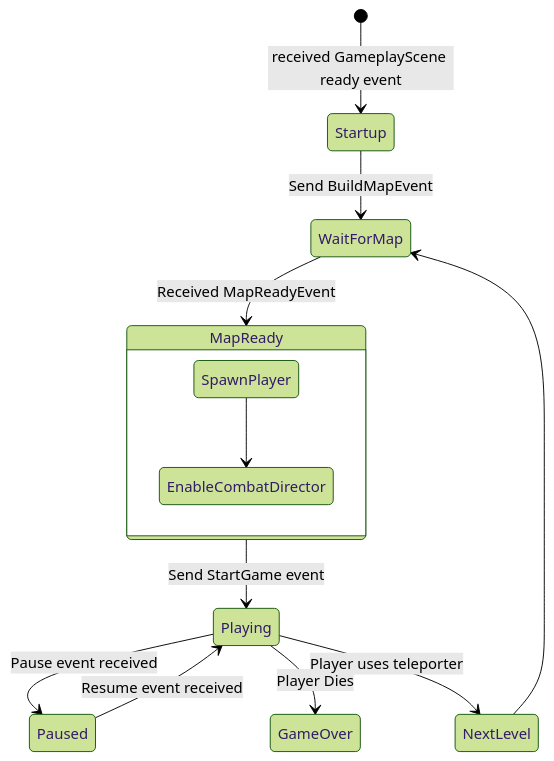
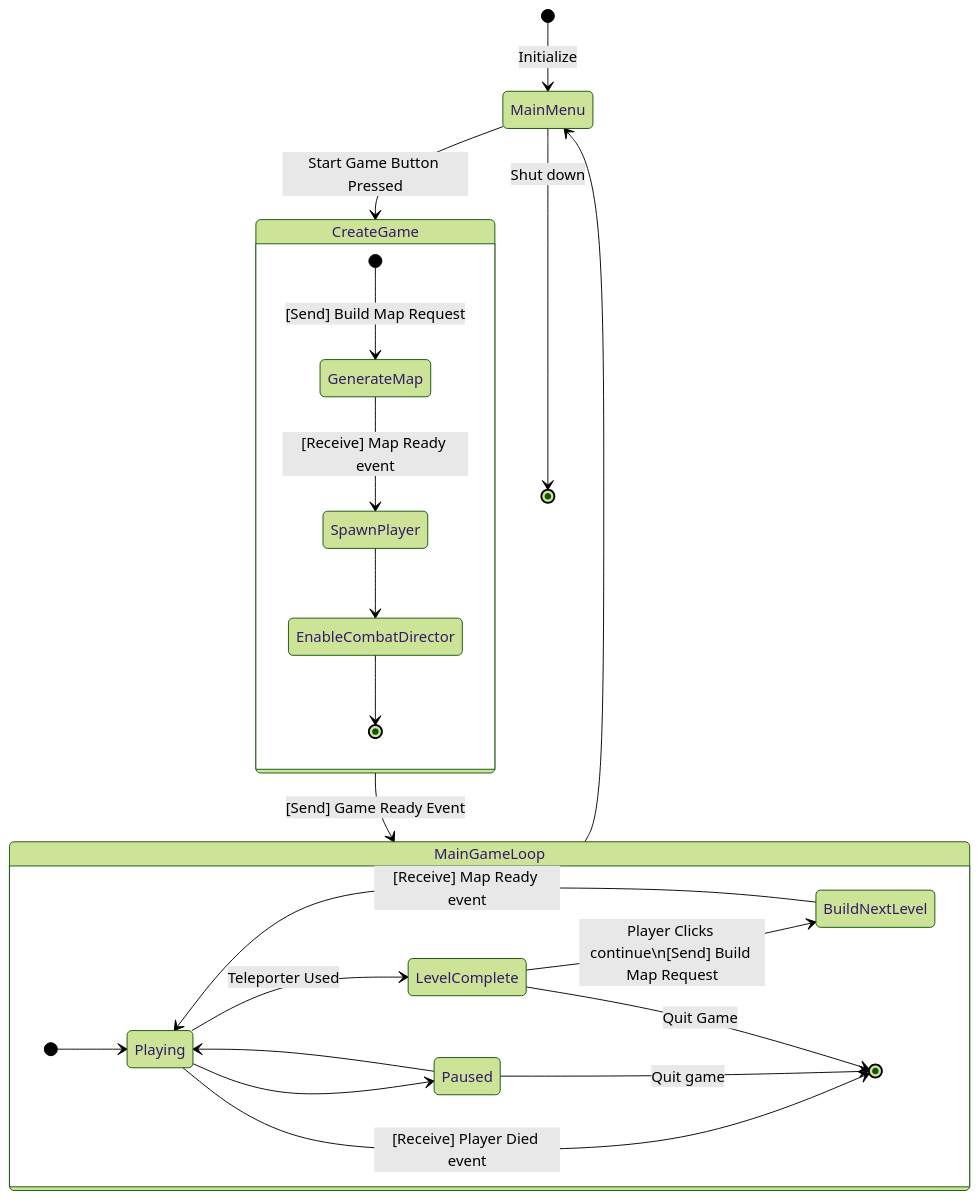
Before and after one commit to cephen/foxglove: the diagram in Foxglove/Assets/Scripts/Systems/Gameplay/README.md, drawn with Mermaid (forest theme).

Commit message:
refactor game manager flowchart

````diff
--- a/Foxglove/Assets/Scripts/Systems/Gameplay/README.md
+++ b/Foxglove/Assets/Scripts/Systems/Gameplay/README.md
@@ -7,16 +7,33 @@
 ```mermaid
 stateDiagram-v2
-direction TB
-    [*] --> Startup : received GameplayScene ready event
-    Startup --> WaitForMap : Send BuildMapEvent
-    WaitForMap --> MapReady : Received MapReadyEvent
-    MapReady --> Playing : Send StartGame event
-    Playing --> Paused : Pause event received
-    Paused --> Playing : Resume event received
-    Playing --> GameOver : Player Dies
-    Playing --> NextLevel : Player uses teleporter
-    NextLevel --> WaitForMap
-    state MapReady {
+    direction TB
+    [*] --> MainMenu : Initialize
+    MainMenu --> CreateGame: Start Game Button Pressed
+
+    state CreateGame {
+        [*] --> GenerateMap : [Send] Build Map Request
+        GenerateMap --> SpawnPlayer : [Receive] Map Ready event
         SpawnPlayer --> EnableCombatDirector
+        EnableCombatDirector --> [*]
     }
+
+    CreateGame --> MainGameLoop : [Send] Game Ready Event
+
+    state MainGameLoop {
+        direction LR
+        [*] --> Playing
+        Playing --> Paused
+        Paused --> Playing
+        Playing --> LevelComplete : Teleporter Used
+        BuildNextLevel --> Playing : [Receive] Map Ready event
+        LevelComplete --> BuildNextLevel : Player Clicks continue\n[Send] Build Map Request
+        Playing --> [*] : [Receive] Player Died event
+        Paused --> [*] : Quit game
+        LevelComplete --> [*] : Quit Game
+
+    }
+
+    MainGameLoop --> MainMenu
+    MainMenu --> [*] : Shut down
+
 ```
````
